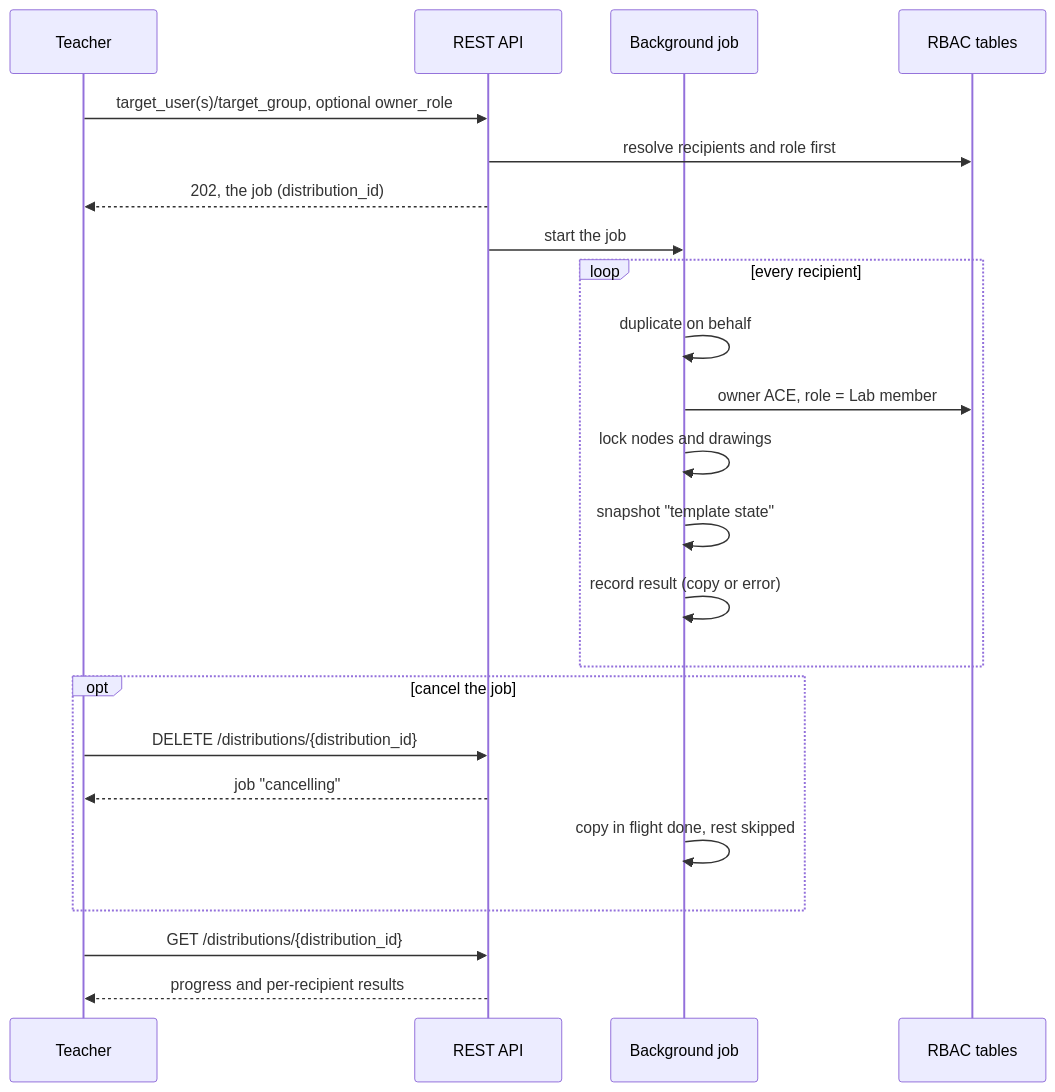
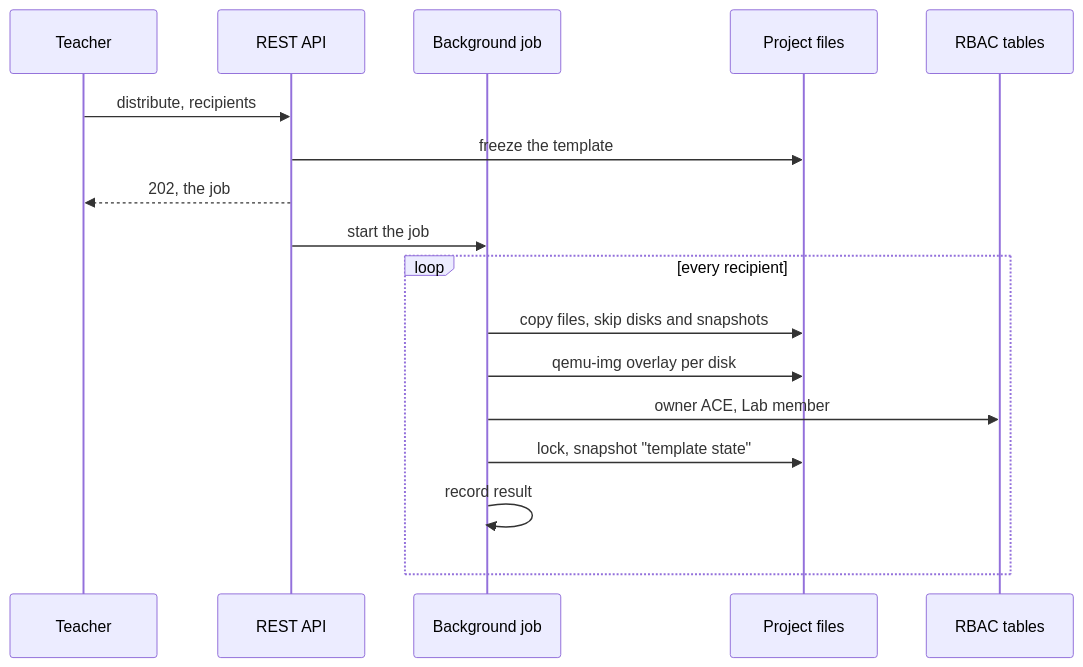
Before and after one commit to yueguobin/gns3-server: the second of 3 diagrams in docs/features/project-distribution.md, drawn with Mermaid. The commit also changed other lines of this file and 23 other files, not shown here.

First line of the commit message:
Distribute projects as thin QEMU overlay copies

````diff
--- a/docs/features/project-distribution.md
+++ b/docs/features/project-distribution.md
@@ -48,25 +58,19 @@
 ```mermaid
 sequenceDiagram
     participant T as Teacher
     participant API as REST API
     participant J as Background job
-    participant R as RBAC tables
-    T->>API: target_user(s)/target_group, optional owner_role
-    API->>R: resolve recipients and role first
-    API-->>T: 202, the job (distribution_id)
+    participant FS as Project files
+    participant DB as RBAC tables
+    T->>API: distribute, recipients
+    API->>FS: freeze the template
+    API-->>T: 202, the job
     API->>J: start the job
     loop every recipient
-        J->>J: duplicate on behalf
-        J->>R: owner ACE, role = Lab member
-        J->>J: lock nodes and drawings
-        J->>J: snapshot "template state"
-        J->>J: record result (copy or error)
+        J->>FS: copy files, skip disks and snapshots
+        J->>FS: qemu-img overlay per disk
+        J->>DB: owner ACE, Lab member
+        J->>FS: lock, snapshot "template state"
+        J->>J: record result
     end
-    opt cancel the job
-        T->>API: DELETE /distributions/{distribution_id}
-        API-->>T: job "cancelling"
-        J->>J: copy in flight done, rest skipped
-    end
-    T->>API: GET /distributions/{distribution_id}
-    API-->>T: progress and per-recipient results
 ```
````
